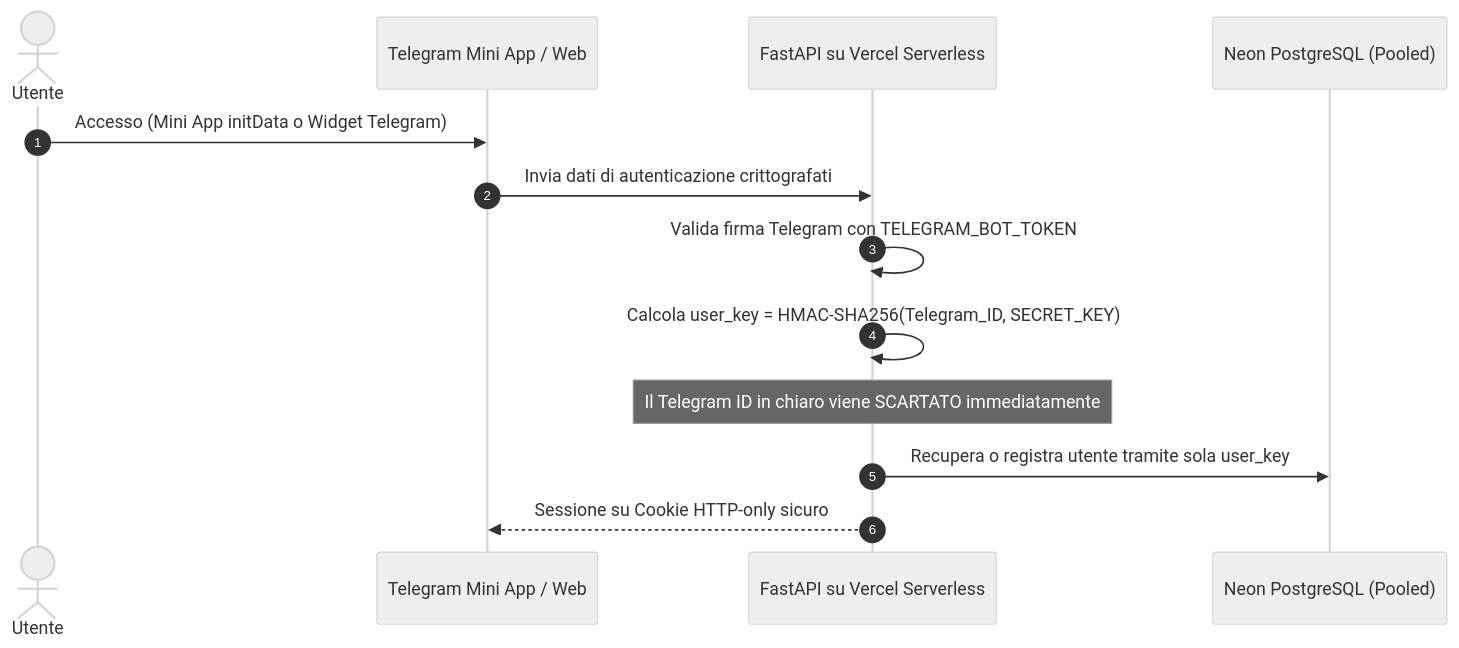
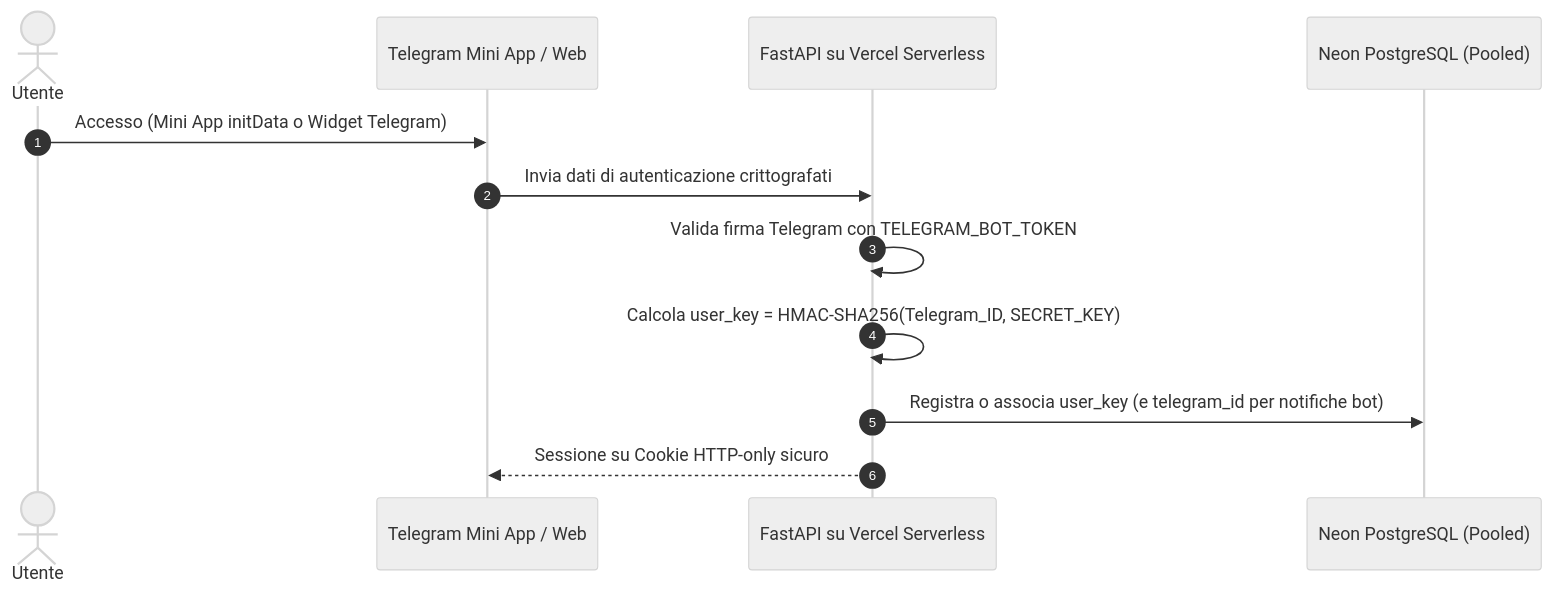
One commit to antoniomarino022/Sottovoce changed the first of 3 diagrams in README.md. Above: the diagram before and after it, drawn with Mermaid (neutral theme). The commit also changed other lines of this file and 7 other files, not shown here.

````diff
--- a/README.md
+++ b/README.md
@@ -64,16 +64,15 @@
 ```mermaid
 sequenceDiagram
     autonumber
     actor Utente
     participant Client as Telegram Mini App / Web
     participant Server as FastAPI su Vercel Serverless
     participant DB as Neon PostgreSQL (Pooled)
 
     Utente->>Client: Accesso (Mini App initData o Widget Telegram)
     Client->>Server: Invia dati di autenticazione crittografati
     Server->>Server: Valida firma Telegram con TELEGRAM_BOT_TOKEN
     Server->>Server: Calcola user_key = HMAC-SHA256(Telegram_ID, SECRET_KEY)
-    Note over Server: Il Telegram ID in chiaro viene SCARTATO immediatamente
-    Server->>DB: Recupera o registra utente tramite sola user_key
+    Server->>DB: Registra o associa user_key (e telegram_id per notifiche bot)
     Server-->>Client: Sessione su Cookie HTTP-only sicuro
 ```
````
